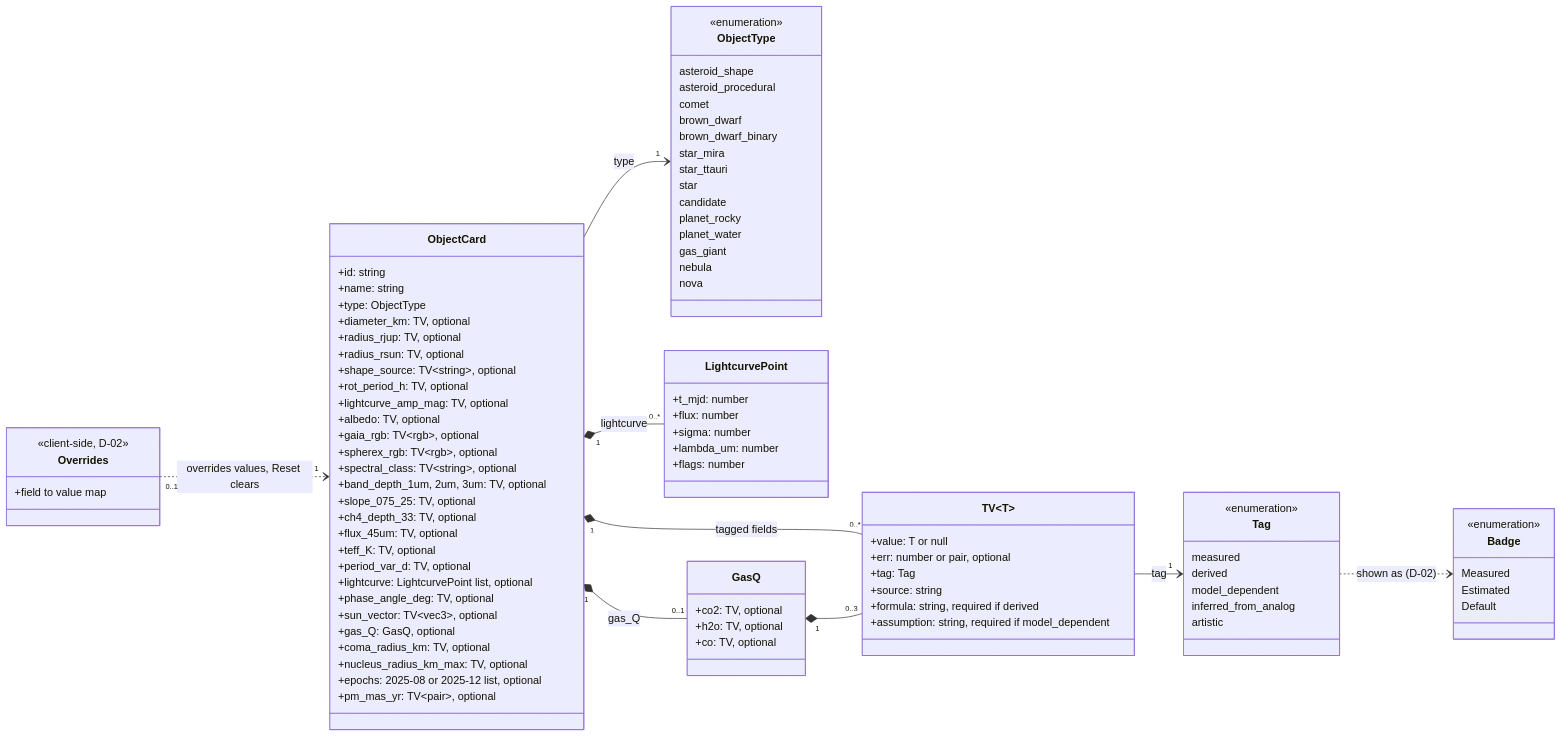
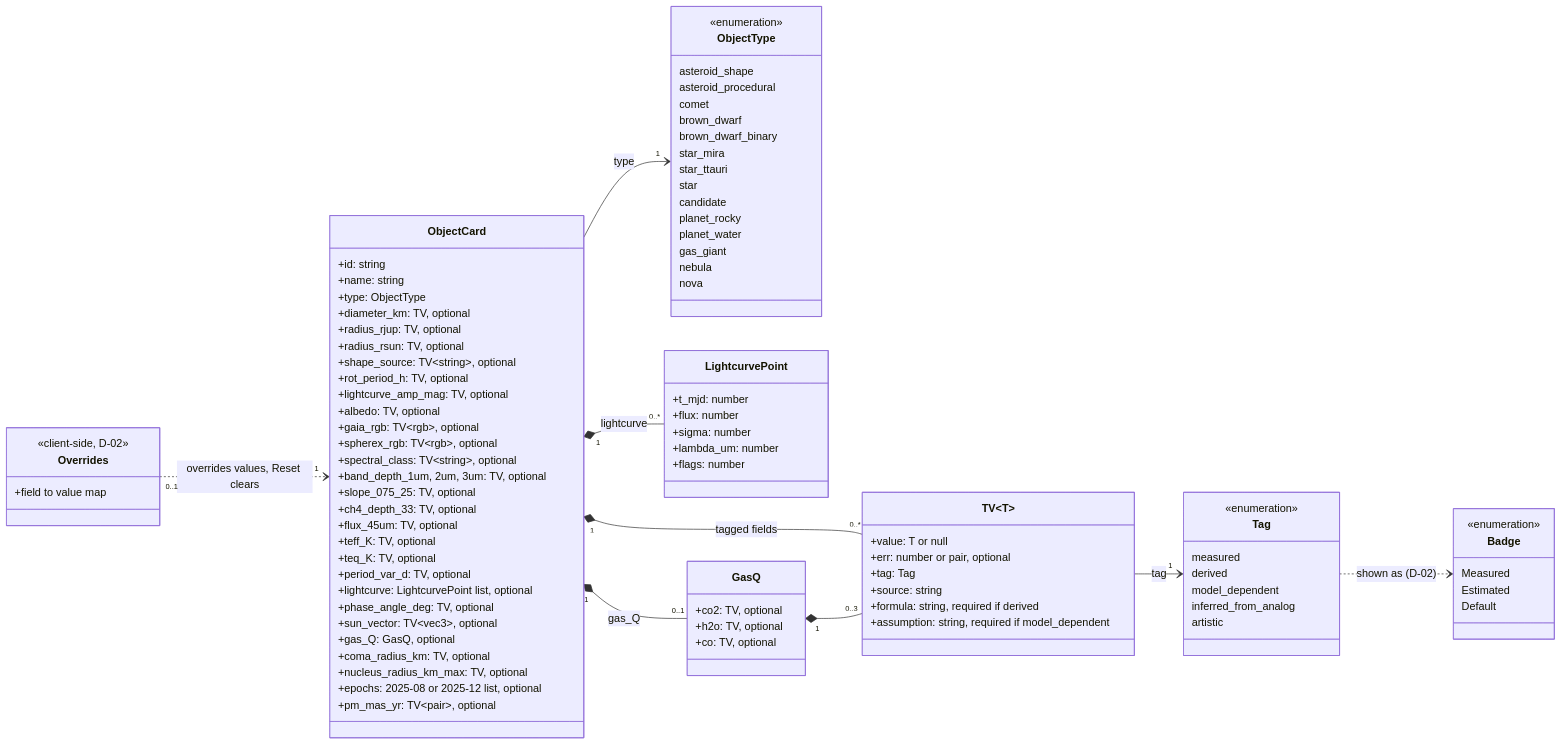
The first of 2 diagrams in docs/uml/05-class-data-contract.md (0ffrian/SphereX), drawn with Mermaid before and after one commit. The commit also changed other lines of this file and 72 other files, not shown here.

```diff
--- a/docs/uml/05-class-data-contract.md
+++ b/docs/uml/05-class-data-contract.md
@@ -65,6 +65,7 @@
     +ch4_depth_33: TV, optional
     +flux_45um: TV, optional
     +teff_K: TV, optional
+    +teq_K: TV, optional
     +period_var_d: TV, optional
     +lightcurve: LightcurvePoint list, optional
     +phase_angle_deg: TV, optional
```
